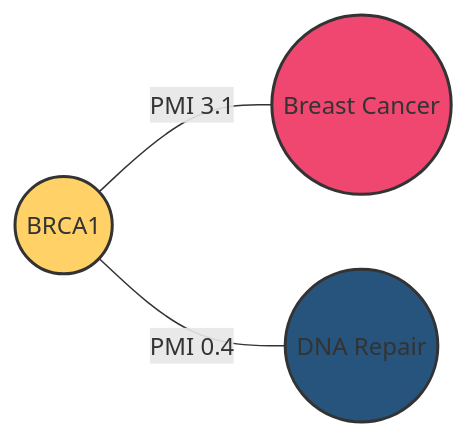
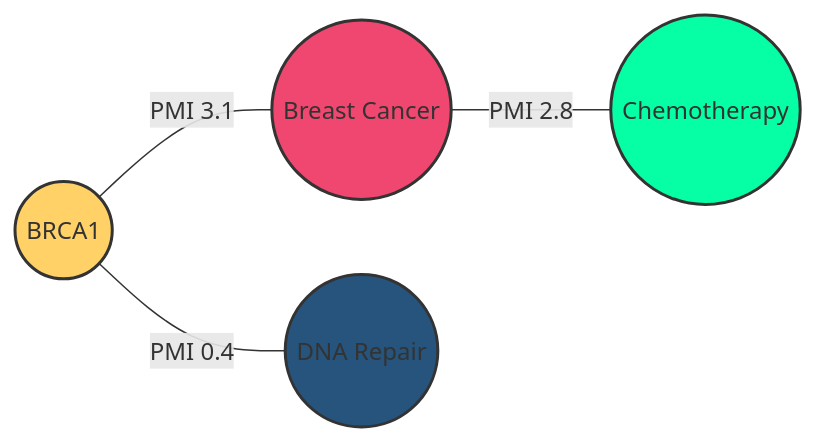
The seventh of 10 diagrams in slides.md (phiwi/graphnn_lecture), drawn with Mermaid before and after one commit. The commit also changed other lines of this file and 2 other files, not shown here.

````diff
--- a/slides.md
+++ b/slides.md
@@ -376,8 +1041,10 @@
 ```mermaid
 graph LR
   BRCA1((BRCA1)) ---|PMI 3.1| BreastCancer((Breast Cancer))
   BRCA1 ---|PMI 0.4| DNARepair((DNA Repair))
+  BreastCancer ---|PMI 2.8| Chemotherapy((Chemotherapy))
   style BRCA1 fill:#ffd166,stroke:#333,stroke-width:2px
   style BreastCancer fill:#ef476f,stroke:#333,stroke-width:2px
   style DNARepair fill:#26547c,stroke:#333,stroke-width:2px
+  style Chemotherapy fill:#06ffa5,stroke:#333,stroke-width:2px
 ```
````
